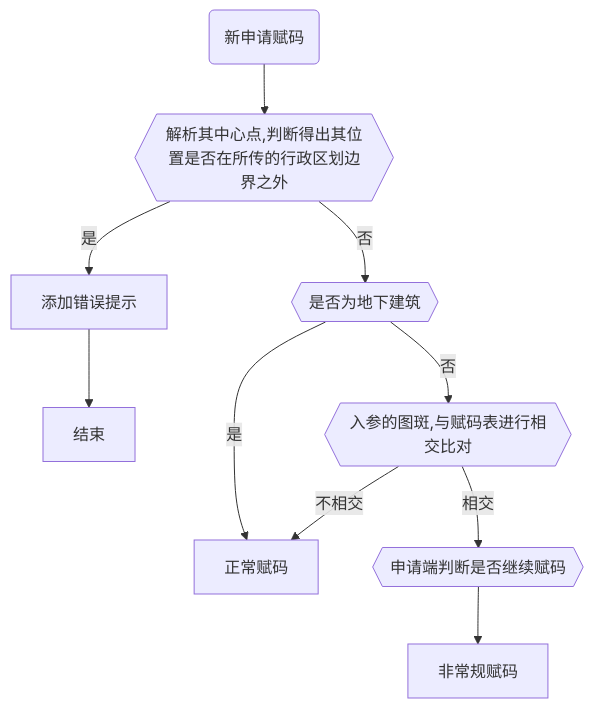
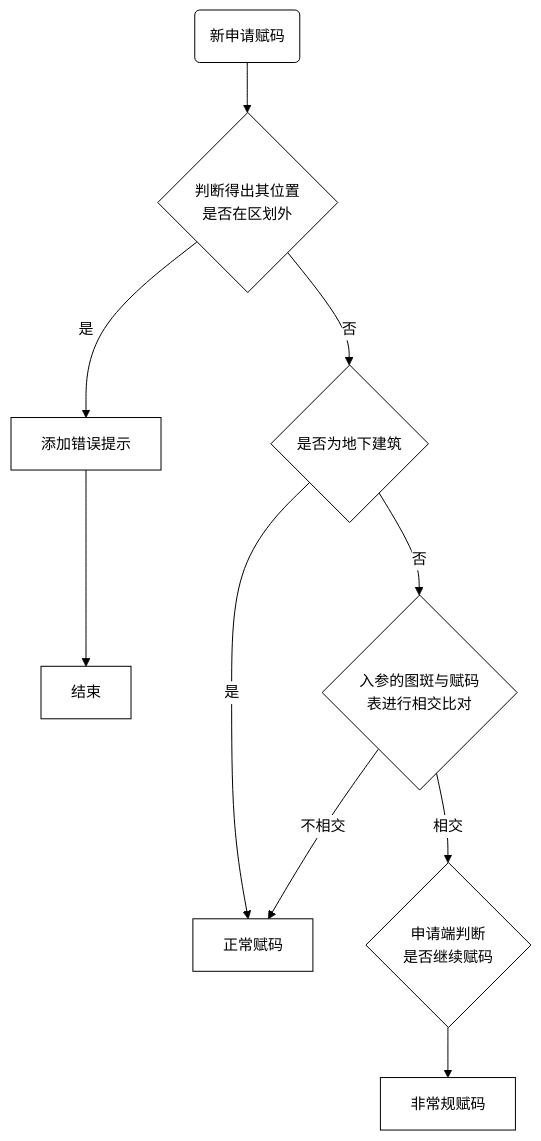
The first of 4 diagrams in 赋码流程.md (PaoMoXML/myMarkdown), drawn with Mermaid before and after one commit. The commit also changed other lines of this file and 22 other files, not shown here.

````diff
--- a/赋码流程.md
+++ b/赋码流程.md
@@ -1,12 +1,24 @@
 ```mermaid
+%%{
+  init: {
+    'theme': 'base',
+    'themeVariables': {
+      'primaryColor': '#fff',
+      'primaryTextColor': '#000',
+      'primaryBorderColor': '#000',
+      'lineColor': '#000',
+      'fontSize':'15px'
+    }
+  }
+}%%
 graph TB
 
-id1(新申请赋码)-->id2{{解析其中心点,判断得出其位置是否在所传的行政区划边界之外}}
+id1(新申请赋码)-->id2{判断得出其位置</br>是否在区划外}
 id2--是-->id3[添加错误提示]-->id10[结束]
-id2--否-->id7{{是否为地下建筑}}
+id2--否-->id7{是否为地下建筑}
 id7--是-->id6
-id7--否-->id4{{入参的图斑,与赋码表进行相交比对}}
-id4--相交-->id5{{申请端判断是否继续赋码}}-->id9[非常规赋码]
+id7--否-->id4{入参的图斑与赋码</br>表进行相交比对}
+id4--相交-->id5{申请端判断</br>是否继续赋码}-->id9[非常规赋码]
 id4--不相交-->id6[正常赋码]
 
 ```
````
